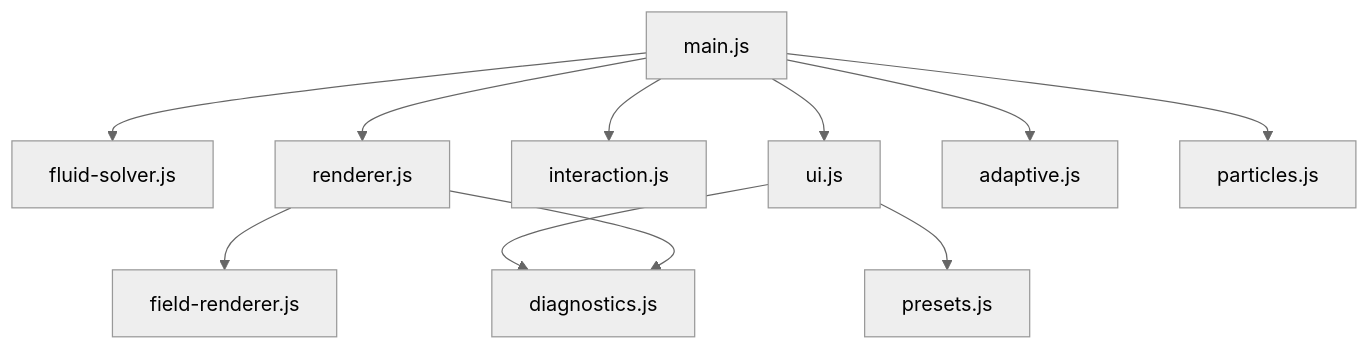
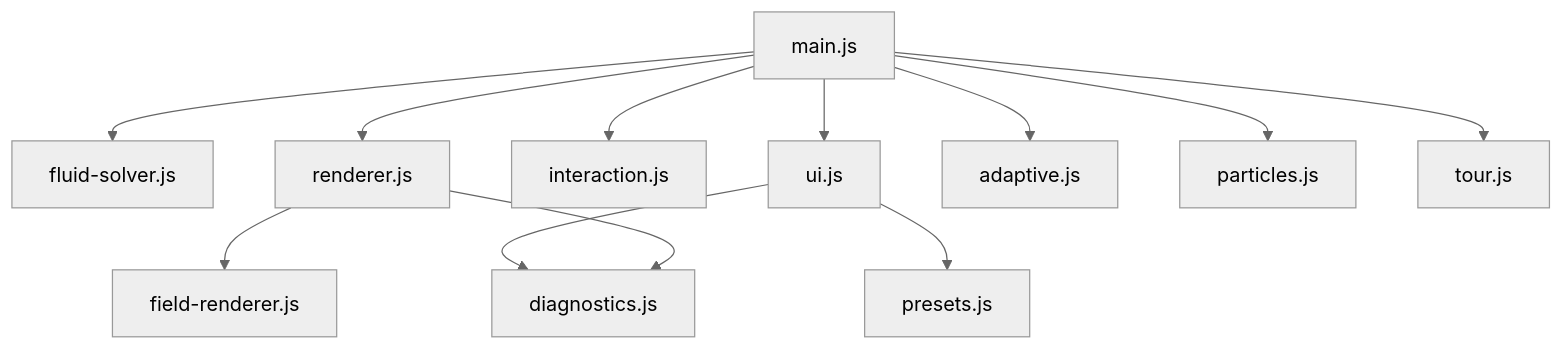
Before and after one commit to palsagar/webgpu-fluid-solver: the diagram in docs/architecture.md, drawn with Mermaid (neutral theme). The commit also changed other lines of this file and 27 other files, not shown here.

````diff
--- a/docs/architecture.md
+++ b/docs/architecture.md
@@ -19,13 +21,14 @@
 ```mermaid
 graph TD
     main["main.js"] --> FluidSolver["fluid-solver.js"]
     main --> Renderer["renderer.js"]
     main --> Interaction["interaction.js"]
     main --> UI["ui.js"]
     main --> Adaptive["adaptive.js"]
     main --> Particles["particles.js"]
+    main --> Tour["tour.js"]
     UI --> Presets["presets.js"]
     UI --> Diagnostics["diagnostics.js"]
     Renderer --> FieldRenderer["field-renderer.js"]
     Renderer --> Diagnostics
 ```
````
